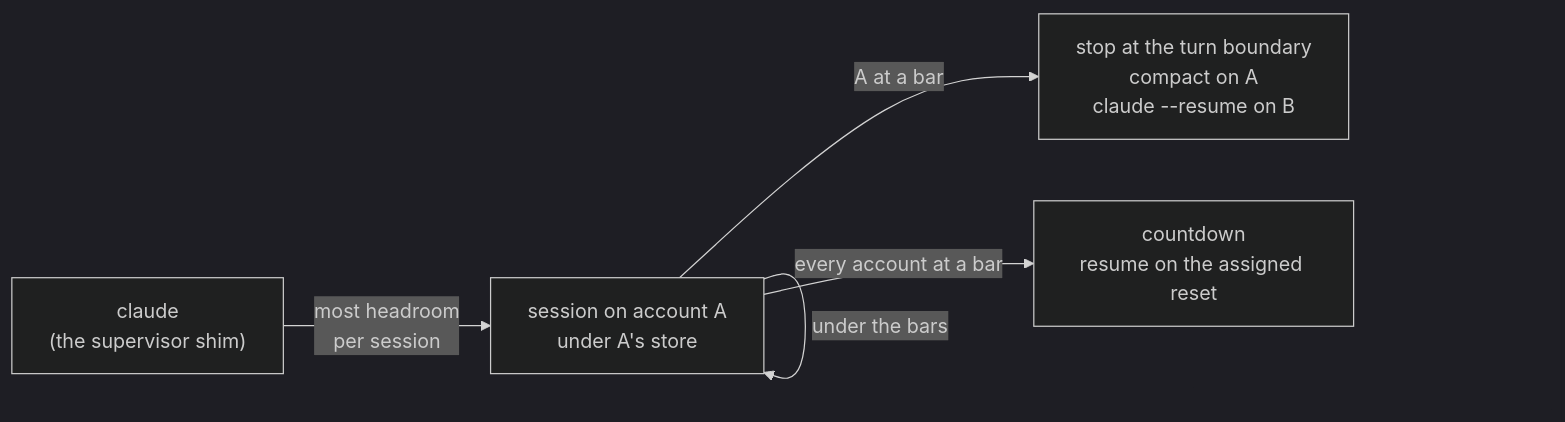
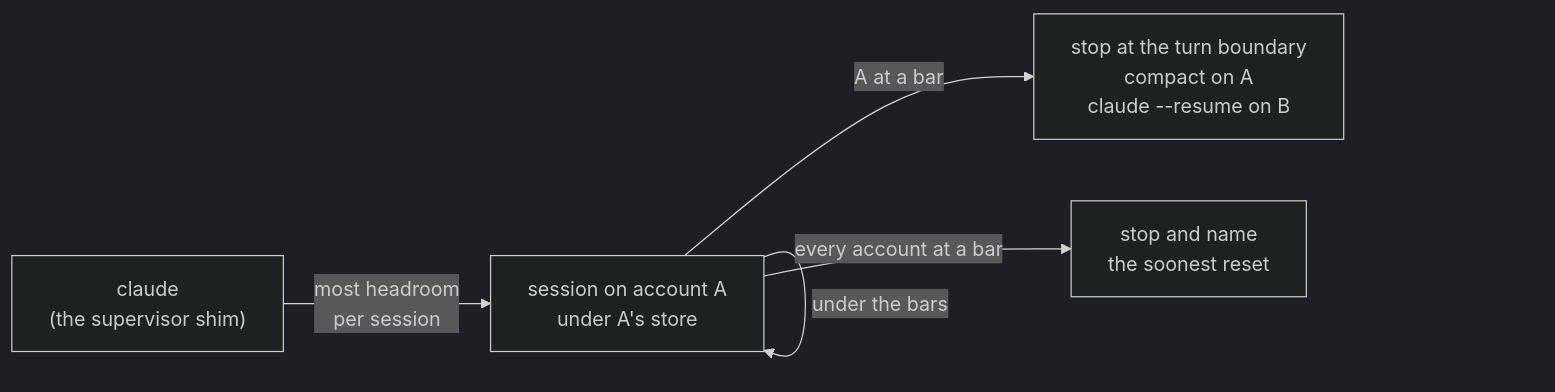
One commit to anaclumos/tokenmaxxing changed the diagram in docs/content/docs/index.mdx. Above: the diagram before and after it, drawn with Mermaid (dark theme). The commit also changed other lines of this file and 16 other files, not shown here.

````diff
--- a/docs/content/docs/index.mdx
+++ b/docs/content/docs/index.mdx
@@ -28,7 +28,7 @@
 ```mermaid
 flowchart LR
   sup["claude<br/>(the supervisor shim)"] -->|"most headroom<br/>per session"| seat["session on account A<br/>under A's store"]
   seat -->|"under the bars"| seat
   seat -->|"A at a bar"| move["stop at the turn boundary<br/>compact on A<br/>claude --resume on B"]
-  seat -->|"every account at a bar"| wait["countdown<br/>resume on the assigned reset"]
+  seat -->|"every account at a bar"| wait["stop and name<br/>the soonest reset"]
 ```
````
